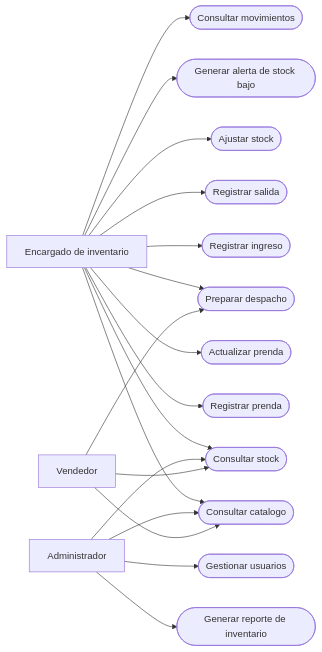
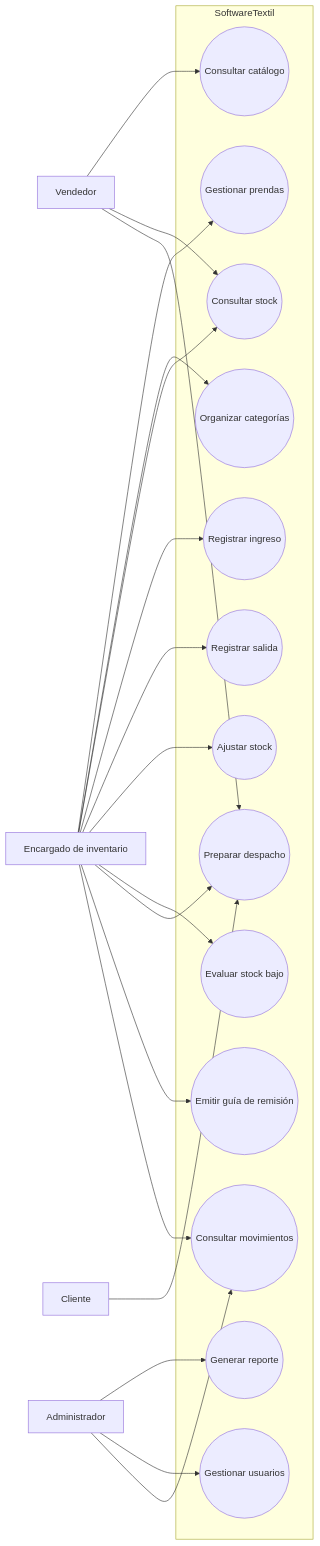
Before and after one commit to javierRock/SoftwareTextil: the first of 9 diagrams in README.md, drawn with Mermaid. The commit also changed other lines of this file and 5 other files, not shown here.

Commit message:
docs: mejorar README y diagramas DDD

````diff
--- a/README.md
+++ b/README.md
@@ -57,39 +69,44 @@
 ```mermaid
 flowchart LR
     Encargado["Encargado de inventario"]
     Administrador["Administrador"]
     Vendedor["Vendedor"]
+    Cliente["Cliente"]
 
-    UC01(["Registrar prenda"])
-    UC02(["Actualizar prenda"])
-    UC03(["Consultar catalogo"])
-    UC04(["Consultar stock"])
-    UC05(["Registrar ingreso"])
-    UC06(["Registrar salida"])
-    UC07(["Ajustar stock"])
-    UC08(["Generar alerta de stock bajo"])
-    UC09(["Preparar despacho"])
-    UC10(["Consultar movimientos"])
-    UC11(["Generar reporte de inventario"])
-    UC12(["Gestionar usuarios"])
+    subgraph Sistema["SoftwareTextil"]
+        UC01((Gestionar prendas))
+        UC02((Organizar categorías))
+        UC03((Consultar catálogo))
+        UC04((Consultar stock))
+        UC05((Registrar ingreso))
+        UC06((Registrar salida))
+        UC07((Ajustar stock))
+        UC08((Evaluar stock bajo))
+        UC09((Preparar despacho))
+        UC10((Emitir guía de remisión))
+        UC11((Consultar movimientos))
+        UC12((Generar reporte))
+        UC13((Gestionar usuarios))
+    end
 
     Encargado --> UC01
     Encargado --> UC02
-    Encargado --> UC03
     Encargado --> UC04
     Encargado --> UC05
     Encargado --> UC06
     Encargado --> UC07
     Encargado --> UC08
     Encargado --> UC09
     Encargado --> UC10
+    Encargado --> UC11
 
+    Administrador --> UC12
+    Administrador --> UC13
     Administrador --> UC11
-    Administrador --> UC12
-    Administrador --> UC03
-    Administrador --> UC04
 
     Vendedor --> UC03
     Vendedor --> UC04
     Vendedor --> UC09
+
+    Cliente --> UC09
 ```
````
